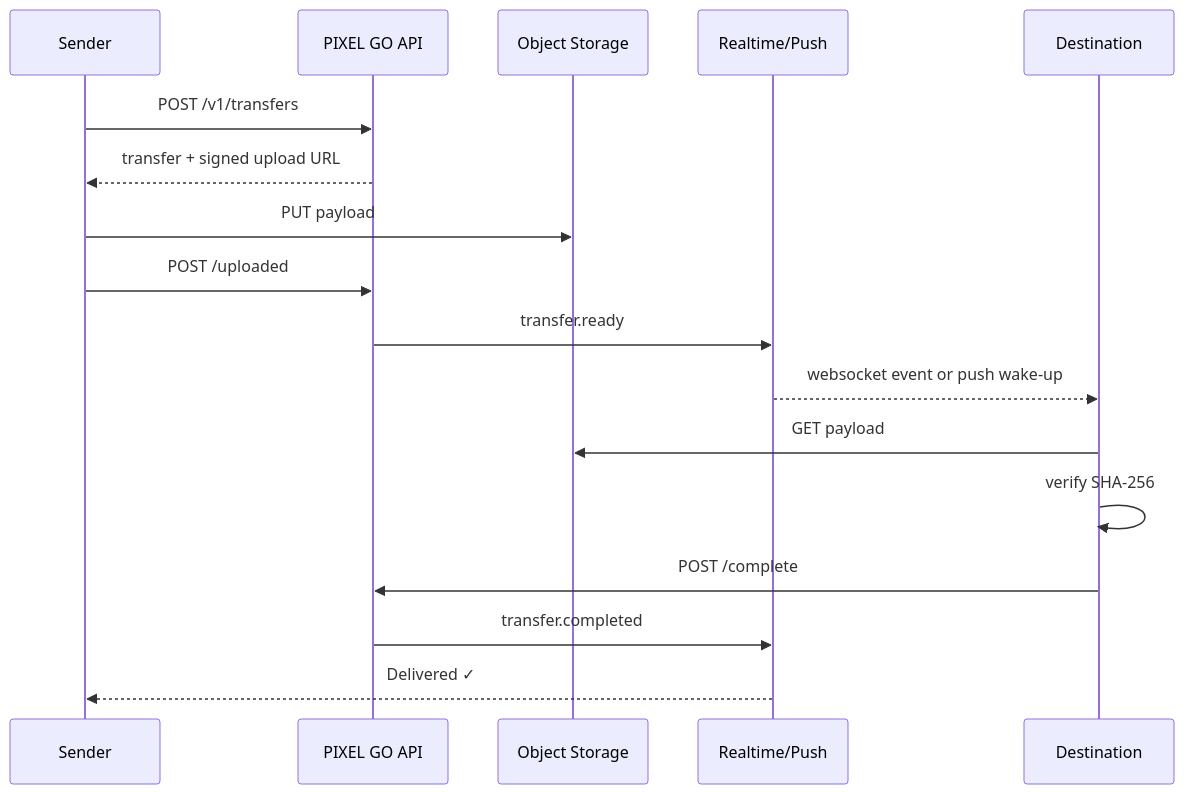
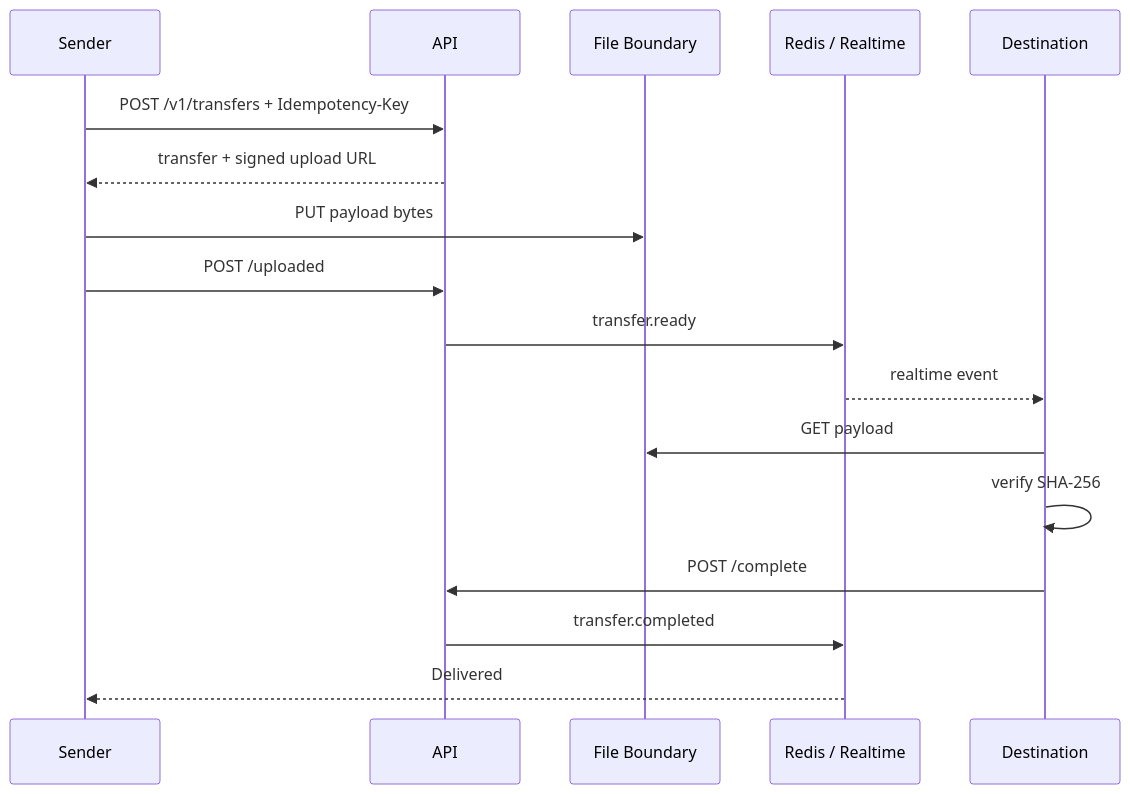
One commit to armaabetancourtt/pixelgo changed the second of 2 diagrams in docs/ARCHITECTURE.md. Above: the diagram before and after it, drawn with Mermaid. The commit also changed other lines of this file, not shown here.

Commit message:
docs(architecture): document auth and distributed state ownership

````diff
--- a/docs/ARCHITECTURE.md
+++ b/docs/ARCHITECTURE.md
@@ -46,20 +130,20 @@
-```mermaid
+~~~mermaid
 sequenceDiagram
     participant S as Sender
-    participant API as PIXEL GO API
-    participant OBJ as Object Storage
-    participant RT as Realtime/Push
+    participant API as API
+    participant F as File Boundary
+    participant R as Redis / Realtime
     participant D as Destination
 
-    S->>API: POST /v1/transfers
+    S->>API: POST /v1/transfers + Idempotency-Key
     API-->>S: transfer + signed upload URL
-    S->>OBJ: PUT payload
+    S->>F: PUT payload bytes
     S->>API: POST /uploaded
-    API->>RT: transfer.ready
-    RT-->>D: websocket event or push wake-up
-    D->>OBJ: GET payload
+    API->>R: transfer.ready
+    R-->>D: realtime event
+    D->>F: GET payload
     D->>D: verify SHA-256
     D->>API: POST /complete
-    API->>RT: transfer.completed
-    RT-->>S: Delivered ✓
-```
+    API->>R: transfer.completed
+    R-->>S: Delivered
+~~~
````
